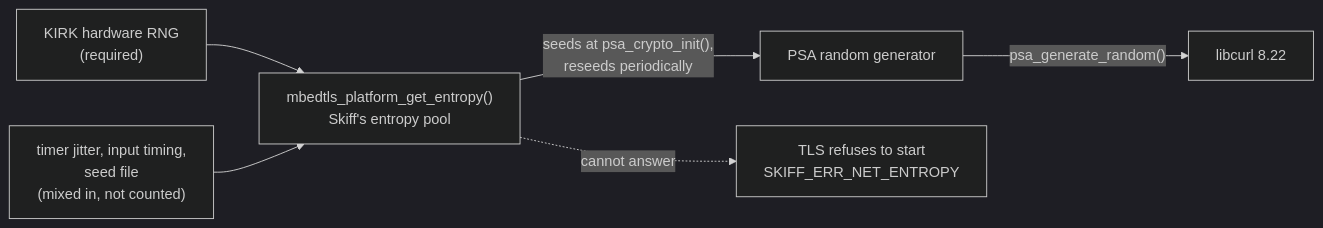
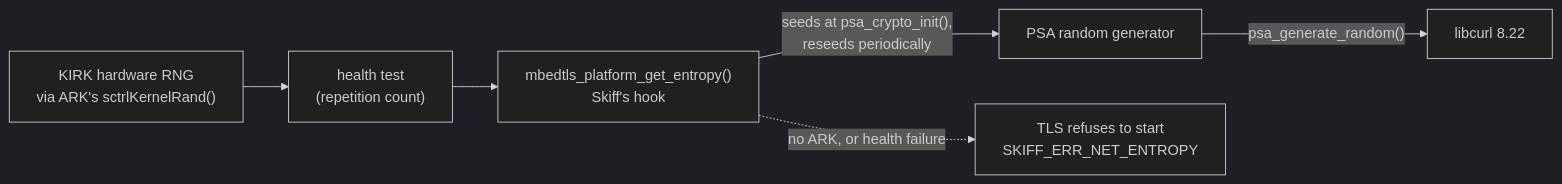
Before and after one commit to chiva/skiff: the second of 2 diagrams in docs/development/tls.md, drawn with Mermaid (dark theme). The commit also changed other lines of this file and 16 other files, not shown here.

Commit message:
feat(net): seed TLS from KIRK through ARK, behind a repetition-count health test

````diff
--- a/docs/development/tls.md
+++ b/docs/development/tls.md
@@ -72,8 +72,8 @@
 ```mermaid
 flowchart LR
-    kirk["KIRK hardware RNG<br/>(required)"] --> pool
-    extra["timer jitter, input timing,<br/>seed file<br/>(mixed in, not counted)"] --> pool
-    pool["mbedtls_platform_get_entropy()<br/>Skiff's entropy pool"] -->|"seeds at psa_crypto_init(),<br/>reseeds periodically"| drbg["PSA random generator"]
+    kirk["KIRK hardware RNG<br/>via ARK's sctrlKernelRand()"] --> health["health test<br/>(repetition count)"]
+    health --> hook["mbedtls_platform_get_entropy()<br/>Skiff's hook"]
+    hook -->|"seeds at psa_crypto_init(),<br/>reseeds periodically"| drbg["PSA random generator"]
     drbg -->|"psa_generate_random()"| curl["libcurl 8.22"]
-    pool -. "cannot answer" .-> fail["TLS refuses to start<br/>SKIFF_ERR_NET_ENTROPY"]
+    hook -. "no ARK, or health failure" .-> fail["TLS refuses to start<br/>SKIFF_ERR_NET_ENTROPY"]
 ```
````
